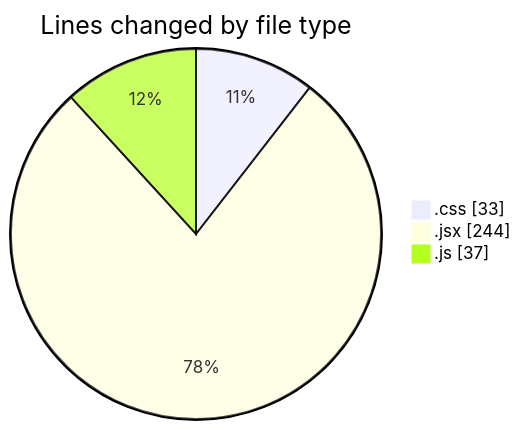
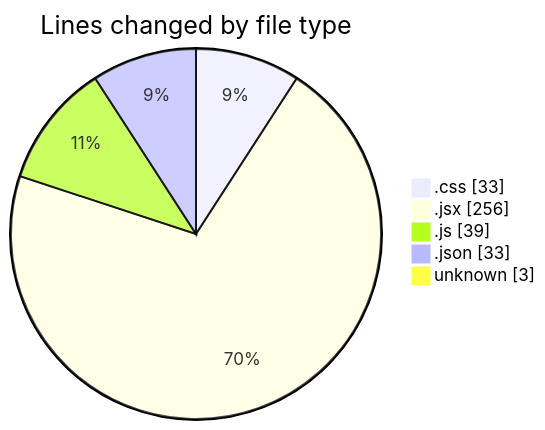
Before and after one commit to Elitesun/code-tracking: the first of 2 diagrams in 2025-02-14/elitegpt/README.md, drawn with Mermaid. The commit also changed other lines of this file and 1 other file, not shown here.

````diff
--- a/2025-02-14/elitegpt/README.md
+++ b/2025-02-14/elitegpt/README.md
@@ -26,7 +29,9 @@
 ```mermaid
 pie showData
 title Lines changed by file type
 ".css" : 33
-".jsx" : 244
-".js" : 37
+".jsx" : 256
+".js" : 39
+".json" : 33
+"unknown" : 3
 ```
````
